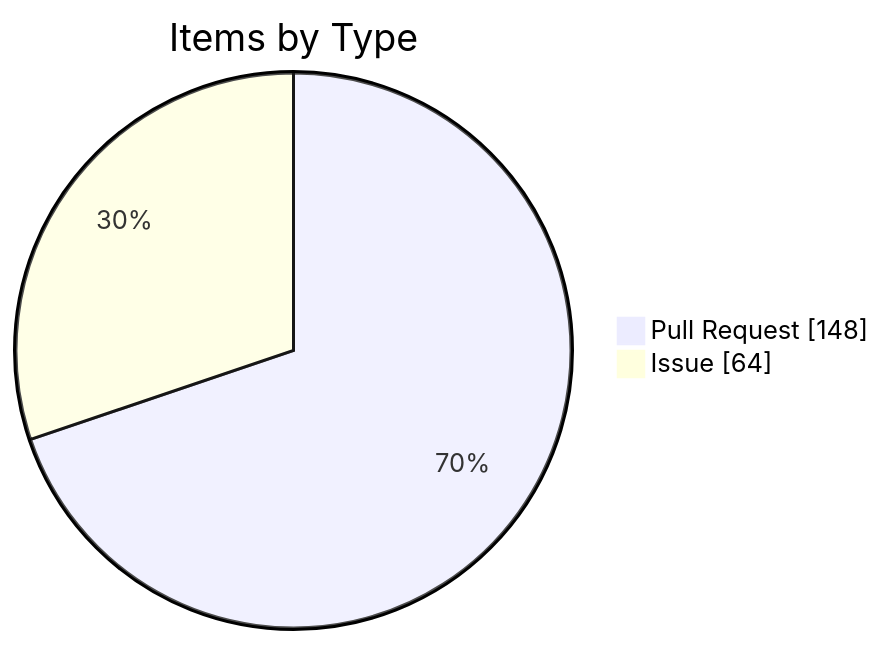
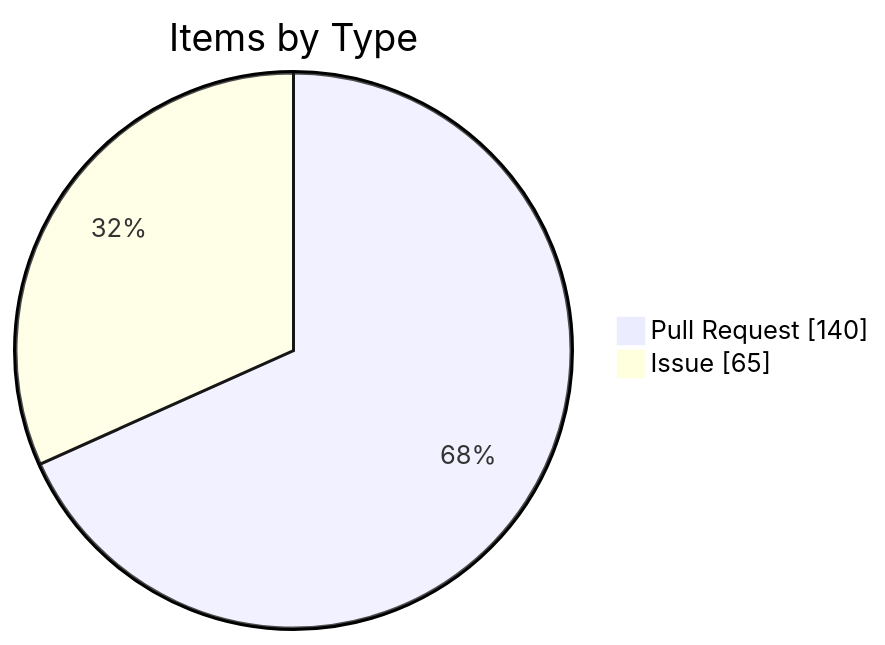
One commit to KBVE/kbve changed the fourth of 4 diagrams in apps/kbve/astro-kbve/src/content/docs/dashboard/kanban-data.mdx. Above: the diagram before and after it, drawn with Mermaid. The commit also changed other lines of this file and 6 other files, not shown here.

````diff
--- a/apps/kbve/astro-kbve/src/content/docs/dashboard/kanban-data.mdx
+++ b/apps/kbve/astro-kbve/src/content/docs/dashboard/kanban-data.mdx
@@ -116,6 +116,6 @@
 ```mermaid
 pie showData
     title Items by Type
-    "Pull Request" : 148
-    "Issue" : 64
+    "Pull Request" : 140
+    "Issue" : 65
 ```
````
